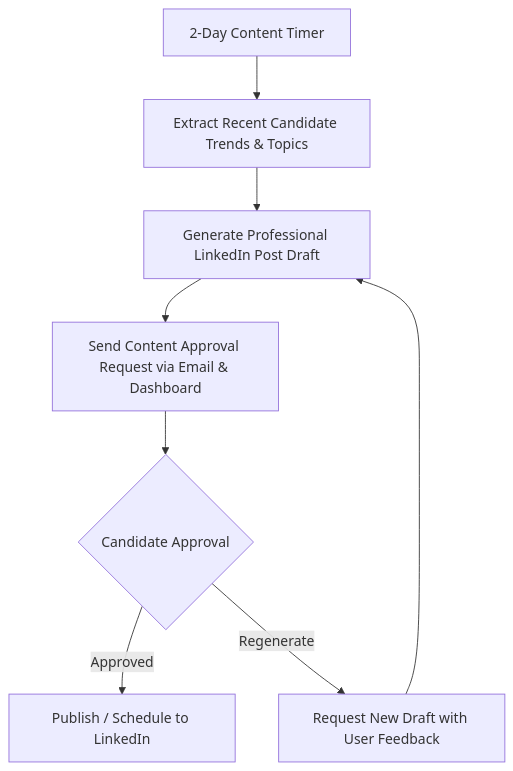
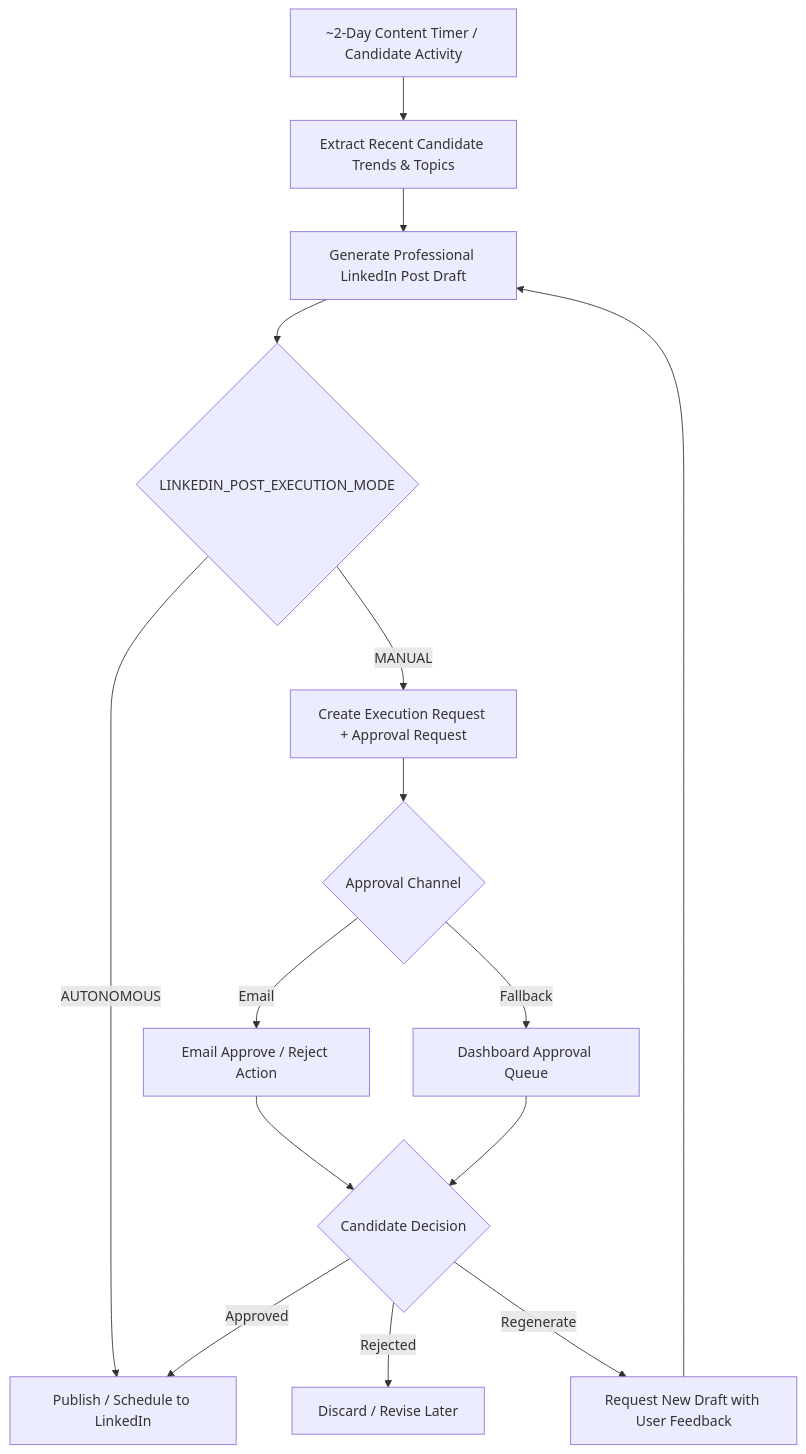
One commit to nikibytes/ai-talent-manager changed the third of 3 diagrams in docs/planning/user-flows.md. Above: the diagram before and after it, drawn with Mermaid. The commit also changed other lines of this file, not shown here.

Commit message:
docs(planning): align user flows with locked daily loop and execution gates

````diff
--- a/docs/planning/user-flows.md
+++ b/docs/planning/user-flows.md
@@ -63,10 +90,17 @@
 ```mermaid
 flowchart TD
-    TimerTrigger[2-Day Content Timer] --> InspectActivity[Extract Recent Candidate Trends & Topics]
+    TimerTrigger[~2-Day Content Timer / Candidate Activity] --> InspectActivity[Extract Recent Candidate Trends & Topics]
     InspectActivity --> DraftPost[Generate Professional LinkedIn Post Draft]
-    DraftPost --> EmailDashboardAlert[Send Content Approval Request via Email & Dashboard]
-    EmailDashboardAlert --> PostApproval{Candidate Approval}
-    PostApproval -->|Approved| PublishLinkedIn[Publish / Schedule to LinkedIn]
-    PostApproval -->|Regenerate| ReDraft[Request New Draft with User Feedback]
+    DraftPost --> ExecGate{LINKEDIN_POST_EXECUTION_MODE}
+    ExecGate -->|MANUAL| ApprovalRequest[Create Execution Request + Approval Request]
+    ExecGate -->|AUTONOMOUS| PublishLinkedIn[Publish / Schedule to LinkedIn]
+    ApprovalRequest --> ApprovalChannel{Approval Channel}
+    ApprovalChannel -->|Email| EmailApproval[Email Approve / Reject Action]
+    ApprovalChannel -->|Fallback| DashboardApproval[Dashboard Approval Queue]
+    EmailApproval --> Decision{Candidate Decision}
+    DashboardApproval --> Decision
+    Decision -->|Approved| PublishLinkedIn
+    Decision -->|Rejected| Stop[Discard / Revise Later]
+    Decision -->|Regenerate| ReDraft[Request New Draft with User Feedback]
     ReDraft --> DraftPost
 ```
````
